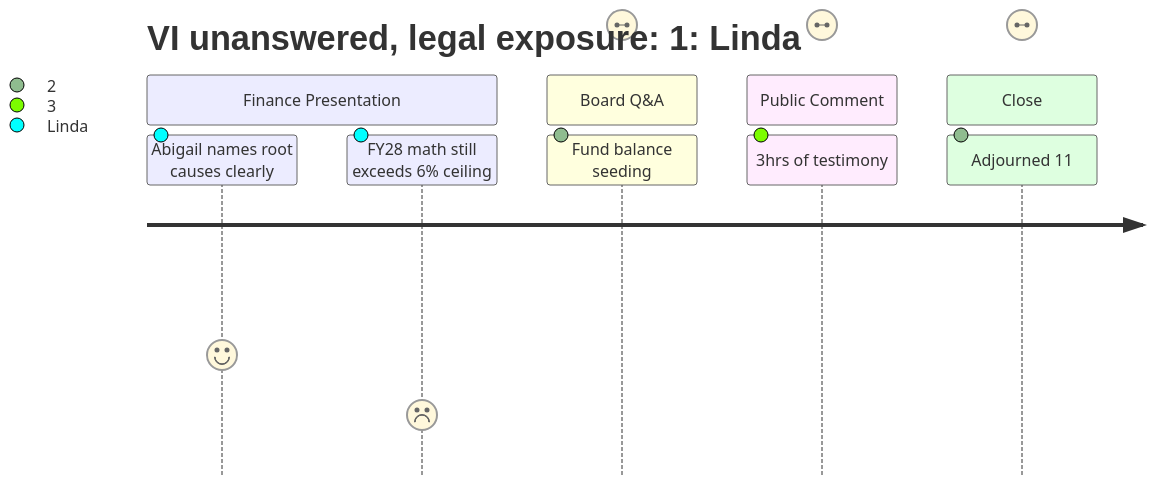
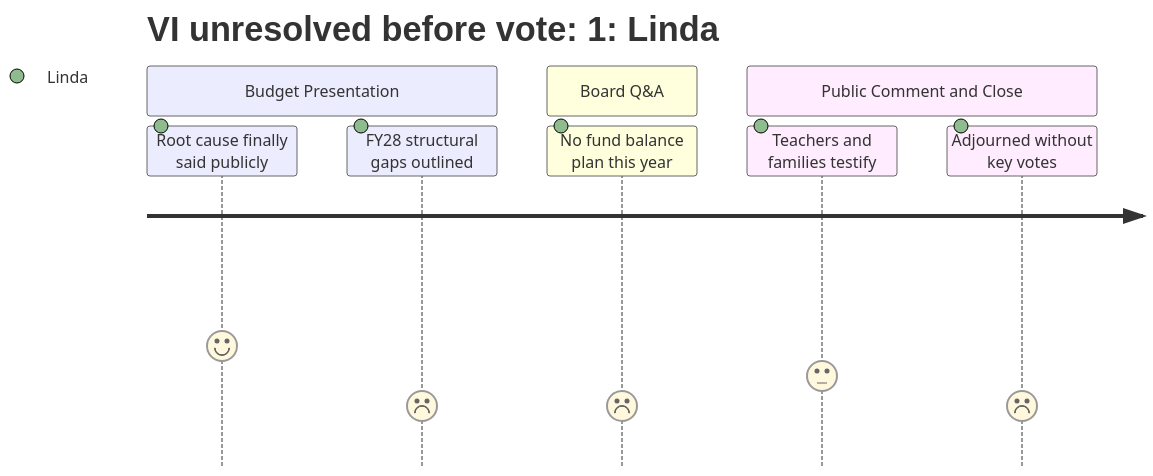
Before and after one commit to cristoslc/2026-south-portland-school-budget: the diagram in data/interpretation/meetings/2026-03-23-school-board/PERSONA-007.md, drawn with Mermaid. The commit also changed other lines of this file and 64 other files, not shown here.

````diff
--- a/data/interpretation/meetings/2026-03-23-school-board/PERSONA-007.md
+++ b/data/interpretation/meetings/2026-03-23-school-board/PERSONA-007.md
@@ -70,14 +77,13 @@
 ```mermaid
 journey
-    title Linda's journey: No vote, April 7 looming
-    section Finance Presentation
-        Abigail names root causes clearly: 4: Linda
-        FY28 math still exceeds 6% ceiling: 2: Linda
+    title Linda's journey: FY27 budget workshop
+    section Budget Presentation
+        Root cause finally said publicly: 4: Linda
+        FY28 structural gaps outlined: 2: Linda
     section Board Q&A
-        Fund balance seeding: no plan yet: 2: Linda
-        Title VI unanswered, legal exposure: 1: Linda
-    section Public Comment
-        3hrs of testimony: useful but exhausting: 3: Linda
-    section Close
-        Adjourned 11:15 PM, no vote cast: 2: Linda
+        No fund balance plan this year: 2: Linda
+        Title VI unresolved before vote: 1: Linda
+    section Public Comment and Close
+        Teachers and families testify: 3: Linda
+        Adjourned without key votes: 2: Linda
 ```
````
